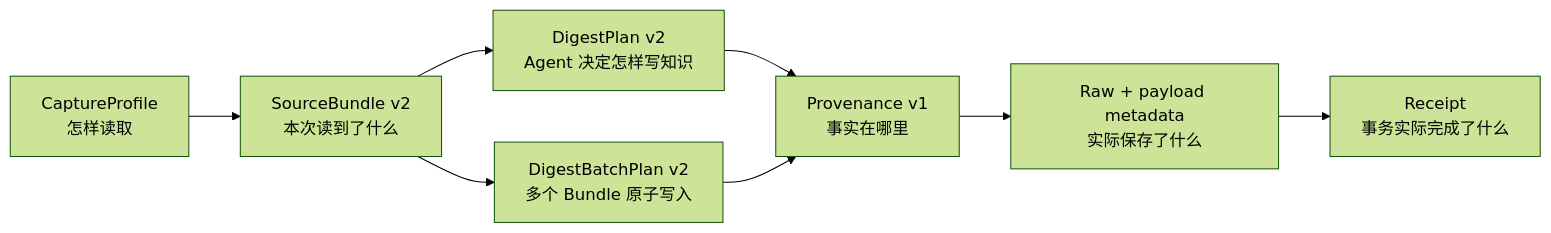
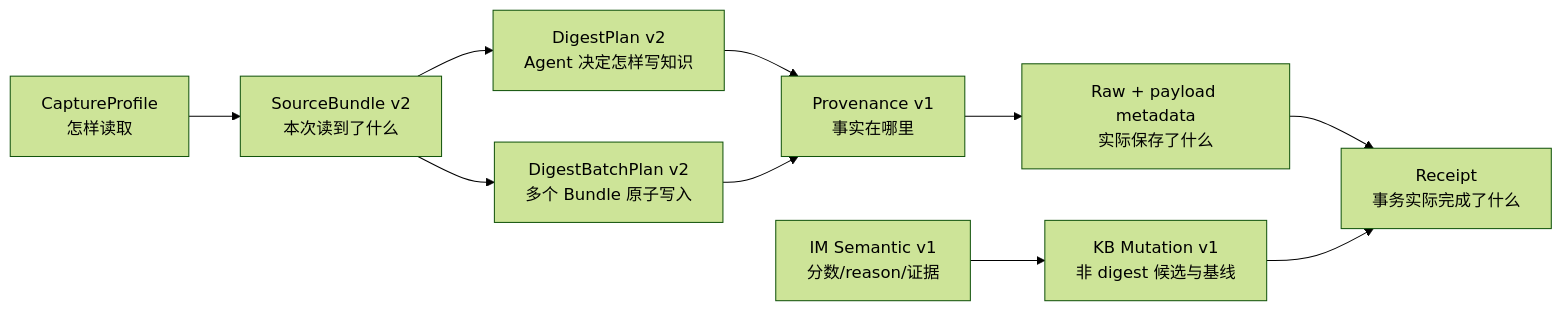
One commit to ranjiao/byteworker changed diagram 16 of 19 in ARCHITECTURE.md. Above: the diagram before and after it, drawn with Mermaid (forest theme). The commit also changed other lines of this file and 3 other files, not shown here.

Commit message:
docs: synchronize architecture and remediation status

````diff
--- a/ARCHITECTURE.md
+++ b/ARCHITECTURE.md
@@ -759,13 +820,16 @@
 ```mermaid
 flowchart LR
     CP["CaptureProfile<br/>怎样读取"]
     SB["SourceBundle v2<br/>本次读到了什么"]
     DP["DigestPlan v2<br/>Agent 决定怎样写知识"]
     BP["DigestBatchPlan v2<br/>多个 Bundle 原子写入"]
+    KM["KB Mutation v1<br/>非 digest 候选与基线"]
+    IM["IM Semantic v1<br/>分数/reason/证据"]
     PV["Provenance v1<br/>事实在哪里"]
     RAW["Raw + payload metadata<br/>实际保存了什么"]
     RC["Receipt<br/>事务实际完成了什么"]
 
     CP --> SB --> DP --> PV --> RAW --> RC
     SB --> BP --> PV
+    IM --> KM --> RC
 ```
````
